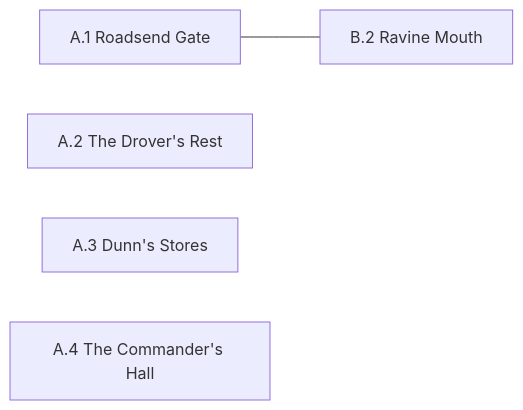
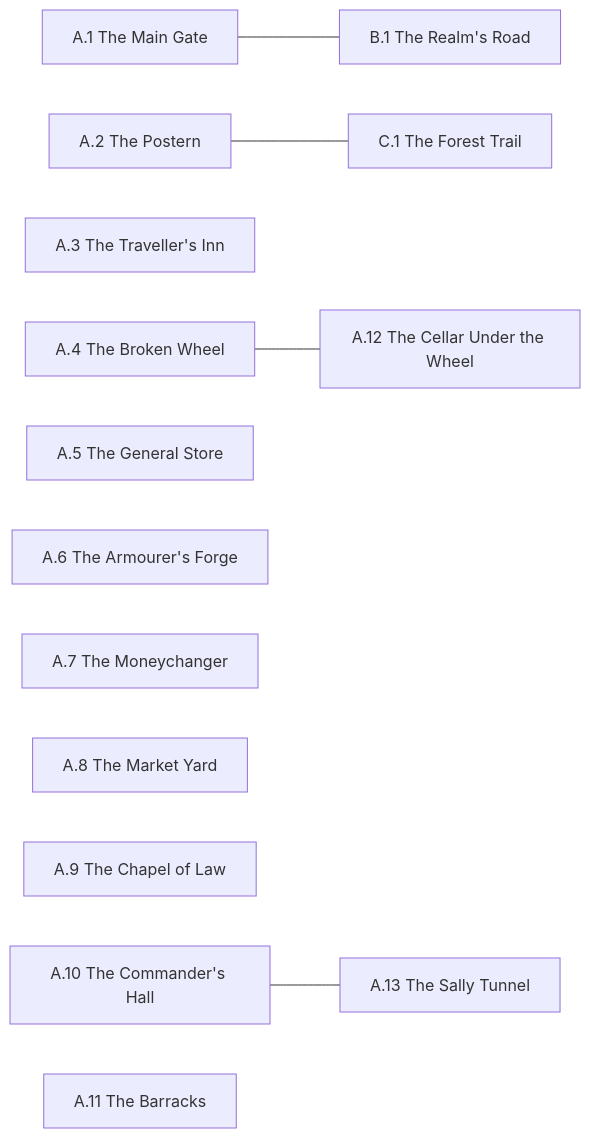
Before and after one commit to rstevenson1237/setting_builder: the diagram in setting/region/A/Connections.mmd, drawn with Mermaid. The commit also changed 188 other files, not shown here.

```diff
--- a/setting/region/A/Connections.mmd
+++ b/setting/region/A/Connections.mmd
@@ -1,7 +1,20 @@
 graph LR
-  A1["A.1 Roadsend Gate"]
-  A2["A.2 The Drover's Rest"]
-  A3["A.3 Dunn's Stores"]
-  A4["A.4 The Commander's Hall"]
-  B2["B.2 Ravine Mouth"]
-  A1 --- B2
+  A1["A.1 The Main Gate"]
+  A2["A.2 The Postern"]
+  A3["A.3 The Traveller's Inn"]
+  A4["A.4 The Broken Wheel"]
+  A5["A.5 The General Store"]
+  A6["A.6 The Armourer's Forge"]
+  A7["A.7 The Moneychanger"]
+  A8["A.8 The Market Yard"]
+  A9["A.9 The Chapel of Law"]
+  A10["A.10 The Commander's Hall"]
+  A11["A.11 The Barracks"]
+  A12["A.12 The Cellar Under the Wheel"]
+  A13["A.13 The Sally Tunnel"]
+  B1["B.1 The Realm's Road"]
+  C1["C.1 The Forest Trail"]
+  A1 --- B1
+  A2 --- C1
+  A4 --- A12
+  A10 --- A13
```
